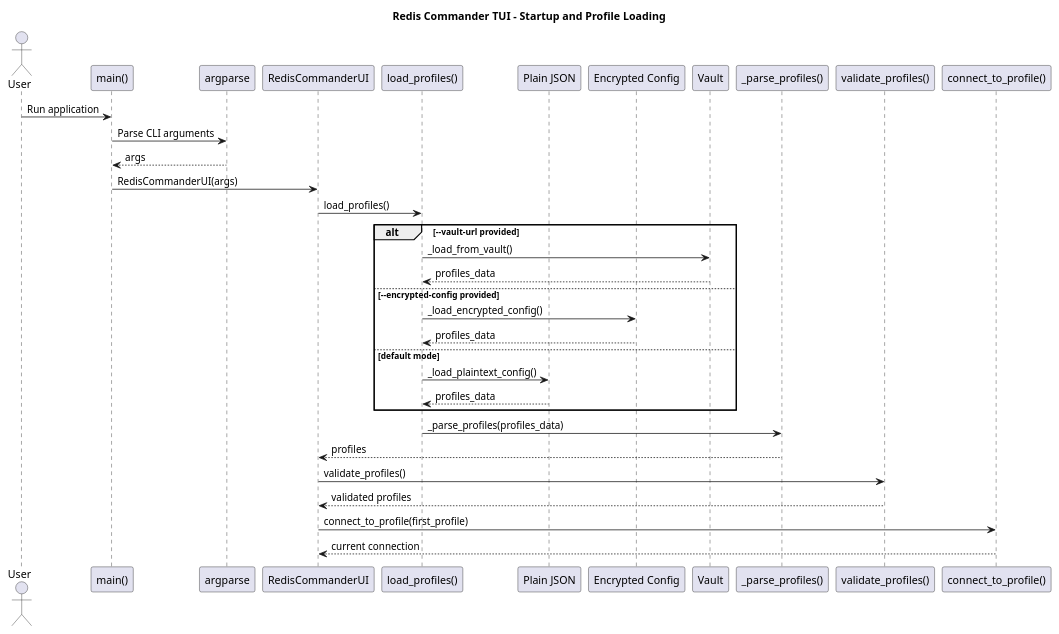
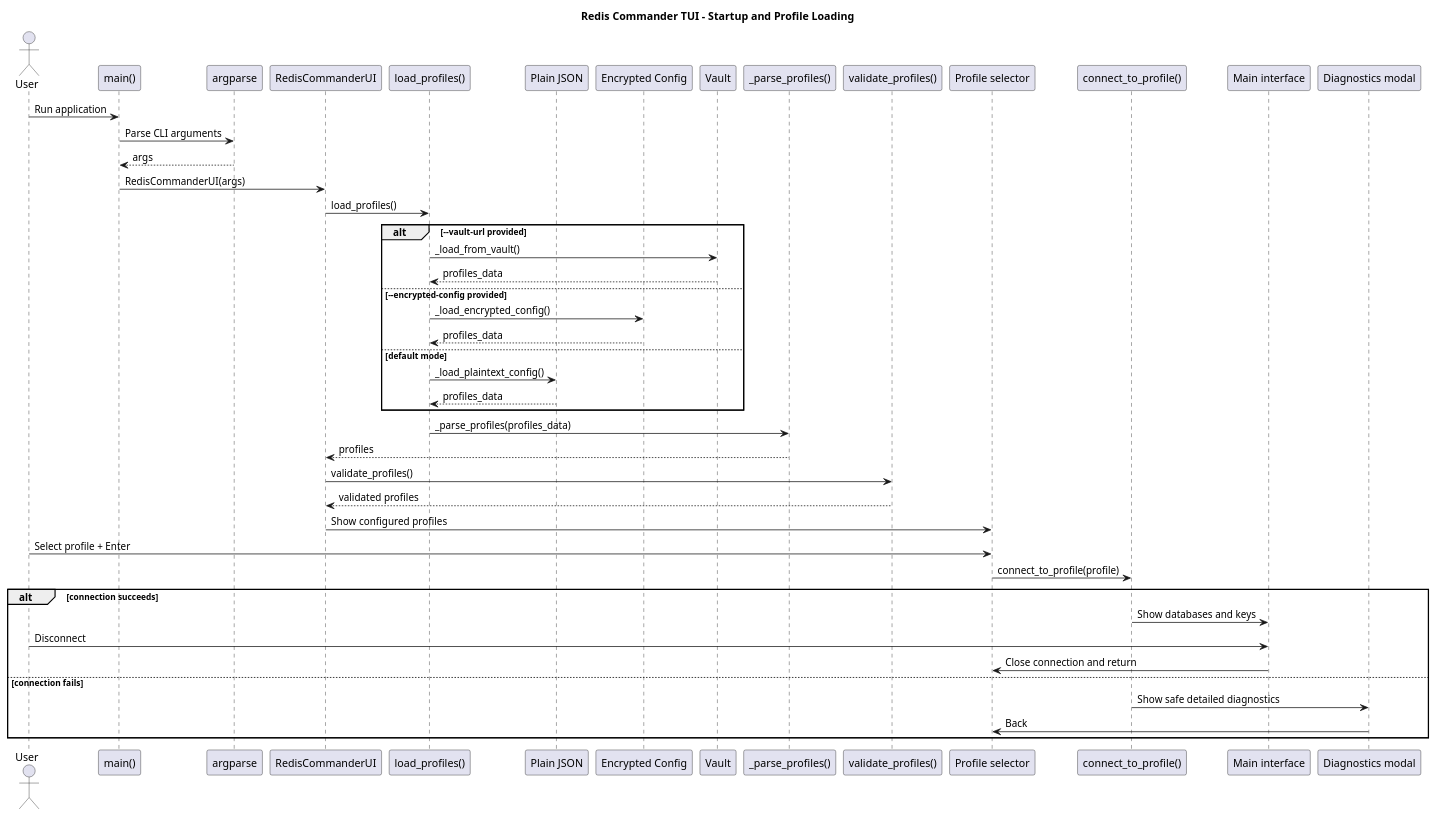
The diagram in diagramms/startup-and-profile-loading.puml (dtarasov7/redis-commander), drawn with PlantUML before and after one commit. The commit also changed 33 other files, not shown here.

```diff
--- a/diagramms/startup-and-profile-loading.puml
+++ b/diagramms/startup-and-profile-loading.puml
@@ -1,40 +1,53 @@
 @startuml
 title Redis Commander TUI - Startup and Profile Loading
 
 actor User
 participant "main()" as Main
 participant "argparse" as Argparse
 participant "RedisCommanderUI" as UI
 participant "load_profiles()" as Loader
 participant "Plain JSON" as Json
 participant "Encrypted Config" as Enc
 participant "Vault" as Vault
 participant "_parse_profiles()" as Parse
 participant "validate_profiles()" as Validate
+participant "Profile selector" as Selector
 participant "connect_to_profile()" as Connect
+participant "Main interface" as MainUI
+participant "Diagnostics modal" as Diagnostics
 
 User -> Main: Run application
 Main -> Argparse: Parse CLI arguments
 Argparse --> Main: args
 Main -> UI: RedisCommanderUI(args)
 UI -> Loader: load_profiles()
 
 alt --vault-url provided
   Loader -> Vault: _load_from_vault()
   Vault --> Loader: profiles_data
 else --encrypted-config provided
   Loader -> Enc: _load_encrypted_config()
   Enc --> Loader: profiles_data
 else default mode
   Loader -> Json: _load_plaintext_config()
   Json --> Loader: profiles_data
 end
 
 Loader -> Parse: _parse_profiles(profiles_data)
 Parse --> UI: profiles
 UI -> Validate: validate_profiles()
 Validate --> UI: validated profiles
-UI -> Connect: connect_to_profile(first_profile)
-Connect --> UI: current connection
+UI -> Selector: Show configured profiles
+User -> Selector: Select profile + Enter
+Selector -> Connect: connect_to_profile(profile)
+
+alt connection succeeds
+  Connect -> MainUI: Show databases and keys
+  User -> MainUI: Disconnect
+  MainUI -> Selector: Close connection and return
+else connection fails
+  Connect -> Diagnostics: Show safe detailed diagnostics
+  Diagnostics -> Selector: Back
+end
 
 @enduml
```
